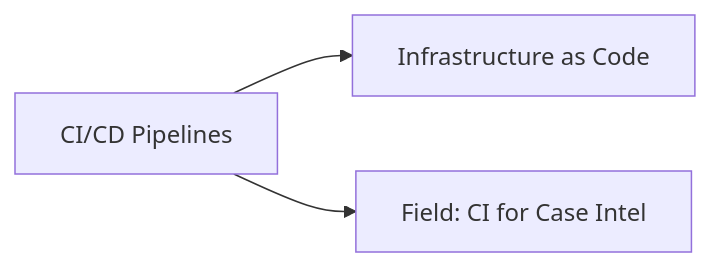
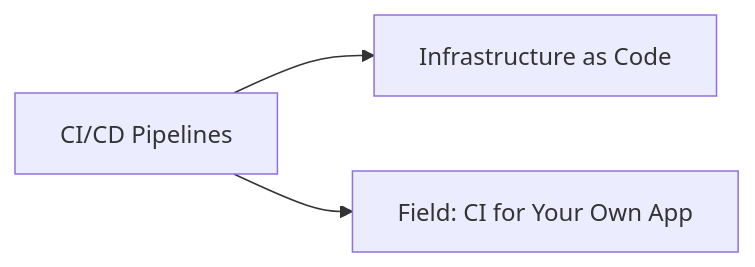
One commit to Bugs0007/NINES changed diagram 29 of 32 in CONTENT_PLAN.md. Above: the diagram before and after it, drawn with Mermaid. The commit also changed other lines of this file and 50 other files, not shown here.

````diff
--- a/CONTENT_PLAN.md
+++ b/CONTENT_PLAN.md
@@ -1118,8 +1118,8 @@
 ```mermaid
 flowchart LR
   ci_pipelines["CI/CD Pipelines"]
   iac_basics["Infrastructure as Code"]
-  field_gh_actions["Field: CI for Case Intel"]
+  field_gh_actions["Field: CI for Your Own App"]
   ci_pipelines --> iac_basics
   ci_pipelines --> field_gh_actions
 ```
````
